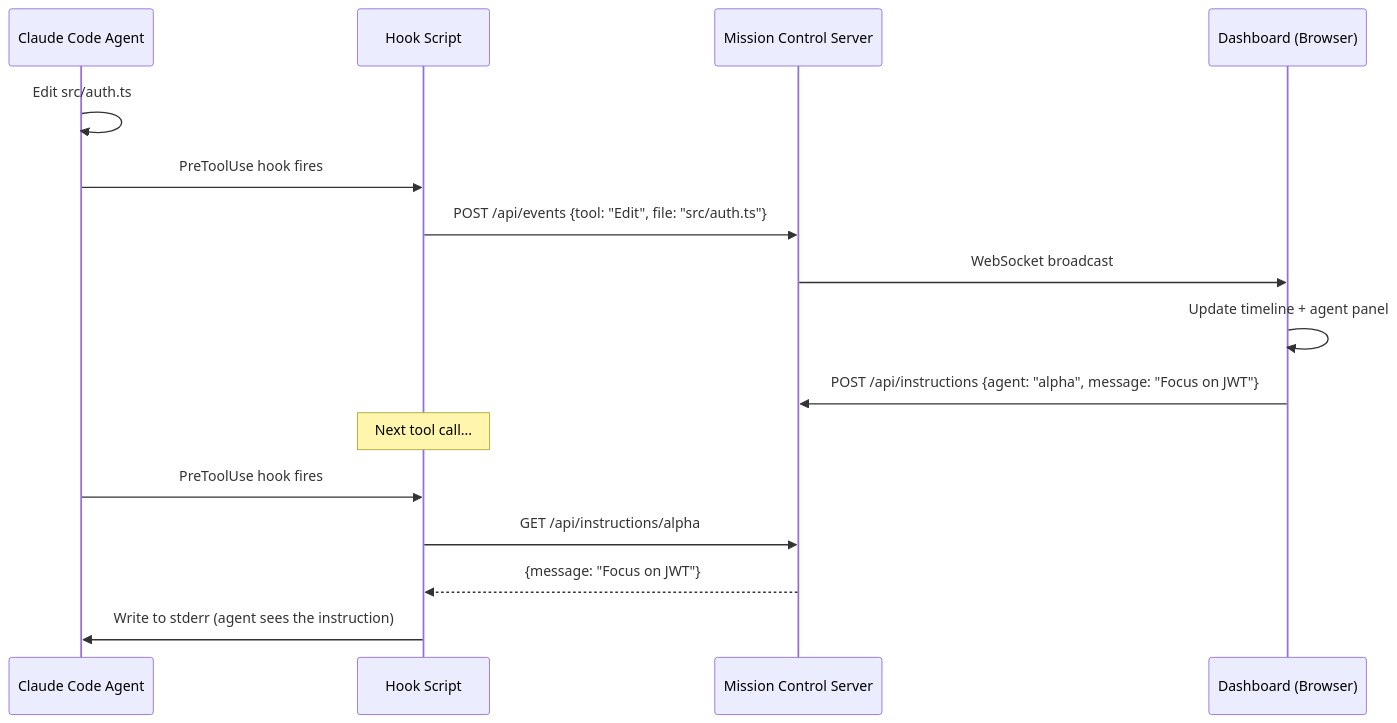
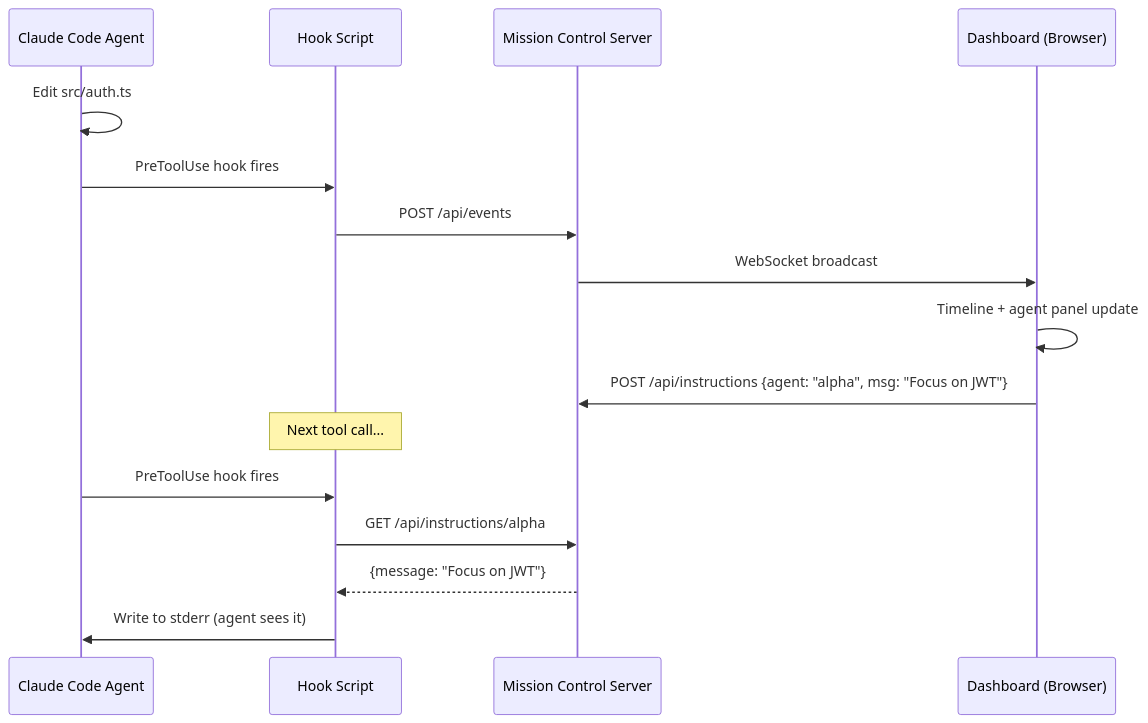
Before and after one commit to Cyvid7-Darus10/claude-mission-control: the diagram in README.md, drawn with Mermaid. The commit also changed other lines of this file, not shown here.

Commit message:
docs: complete README with setup guide, API reference, keyboard shortcuts

````diff
--- a/README.md
+++ b/README.md
@@ -85,20 +117,20 @@
 ```mermaid
 sequenceDiagram
     participant A as Claude Code Agent
     participant H as Hook Script
     participant S as Mission Control Server
     participant D as Dashboard (Browser)
 
     A->>A: Edit src/auth.ts
     A->>H: PreToolUse hook fires
-    H->>S: POST /api/events {tool: "Edit", file: "src/auth.ts"}
+    H->>S: POST /api/events
     S->>D: WebSocket broadcast
-    D->>D: Update timeline + agent panel
+    D->>D: Timeline + agent panel update
 
-    D->>S: POST /api/instructions {agent: "alpha", message: "Focus on JWT"}
+    D->>S: POST /api/instructions {agent: "alpha", msg: "Focus on JWT"}
     Note over H: Next tool call...
     A->>H: PreToolUse hook fires
     H->>S: GET /api/instructions/alpha
     S-->>H: {message: "Focus on JWT"}
-    H->>A: Write to stderr (agent sees the instruction)
+    H->>A: Write to stderr (agent sees it)
 ```
````
